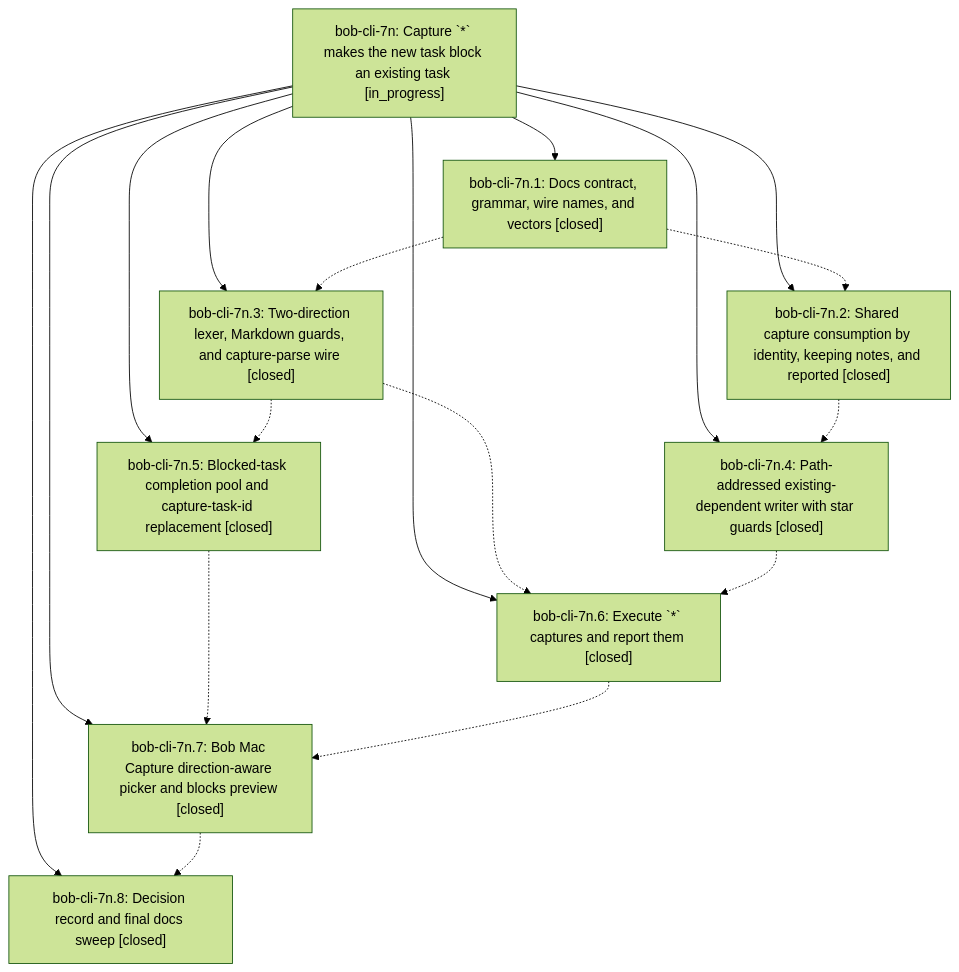
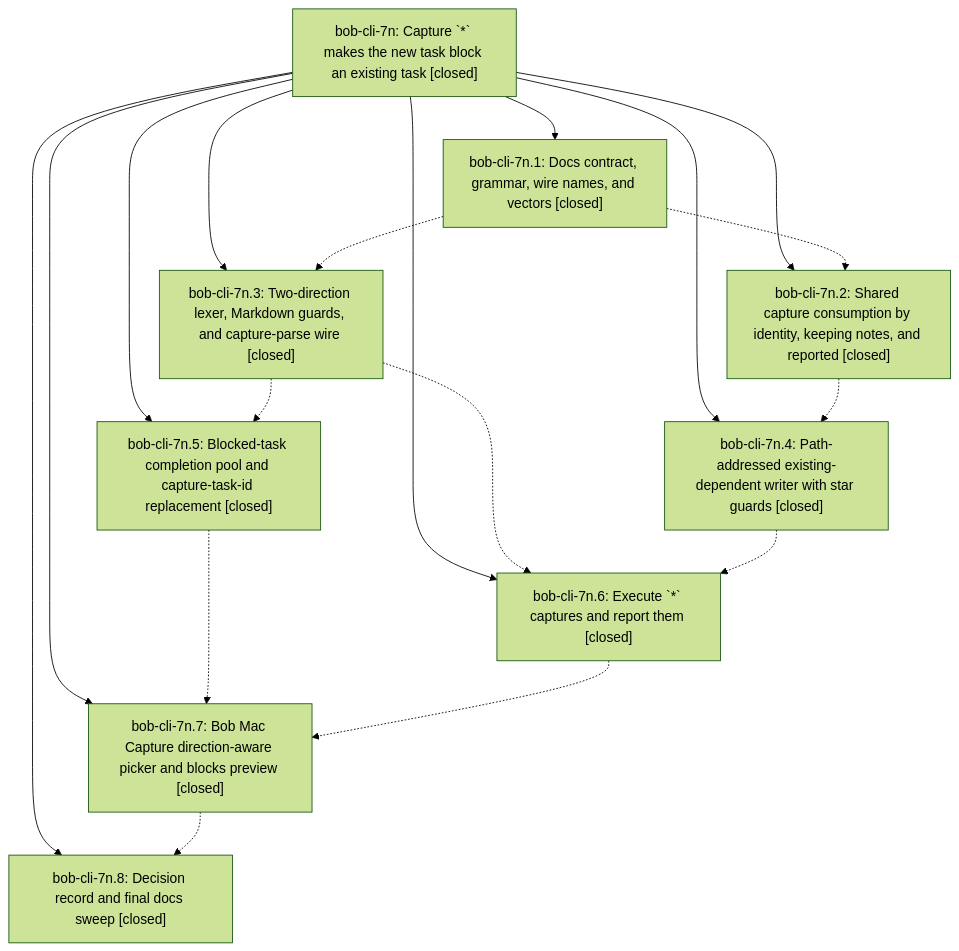
One commit to bobs-org/bob-cli--beads changed the diagram in pages/bob-cli-7n/README.md. Above: the diagram before and after it, drawn with Mermaid (forest theme). The commit also changed other lines of this file and 2 other files, not shown here.

First line of the commit message:
chore(beads): sync bead state and pages for bob-cli-7n

````diff
--- a/pages/bob-cli-7n/README.md
+++ b/pages/bob-cli-7n/README.md
@@ -43,29 +67,29 @@
 ```mermaid
 flowchart TD
-    n0["bob-cli-7n: Capture `*` makes the new task block an existing task [in_progress]"]
+    n0["bob-cli-7n: Capture `*` makes the new task block an existing task [closed]"]
     n1["bob-cli-7n.1: Docs contract, grammar, wire names, and vectors [closed]"]
     n2["bob-cli-7n.2: Shared capture consumption by identity, keeping notes, and reported [closed]"]
     n3["bob-cli-7n.3: Two-direction lexer, Markdown guards, and capture-parse wire [closed]"]
     n4["bob-cli-7n.4: Path-addressed existing-dependent writer with star guards [closed]"]
     n5["bob-cli-7n.5: Blocked-task completion pool and capture-task-id replacement [closed]"]
     n6["bob-cli-7n.6: Execute `*` captures and report them [closed]"]
     n7["bob-cli-7n.7: Bob Mac Capture direction-aware picker and blocks preview [closed]"]
     n8["bob-cli-7n.8: Decision record and final docs sweep [closed]"]
     n0 --> n1
     n0 --> n2
     n0 --> n3
     n0 --> n4
     n0 --> n5
     n0 --> n6
     n0 --> n7
     n0 --> n8
     n1 -.-> n2
     n1 -.-> n3
     n2 -.-> n4
     n3 -.-> n5
     n3 -.-> n6
     n4 -.-> n6
     n5 -.-> n7
     n6 -.-> n7
     n7 -.-> n8
 ```
````
